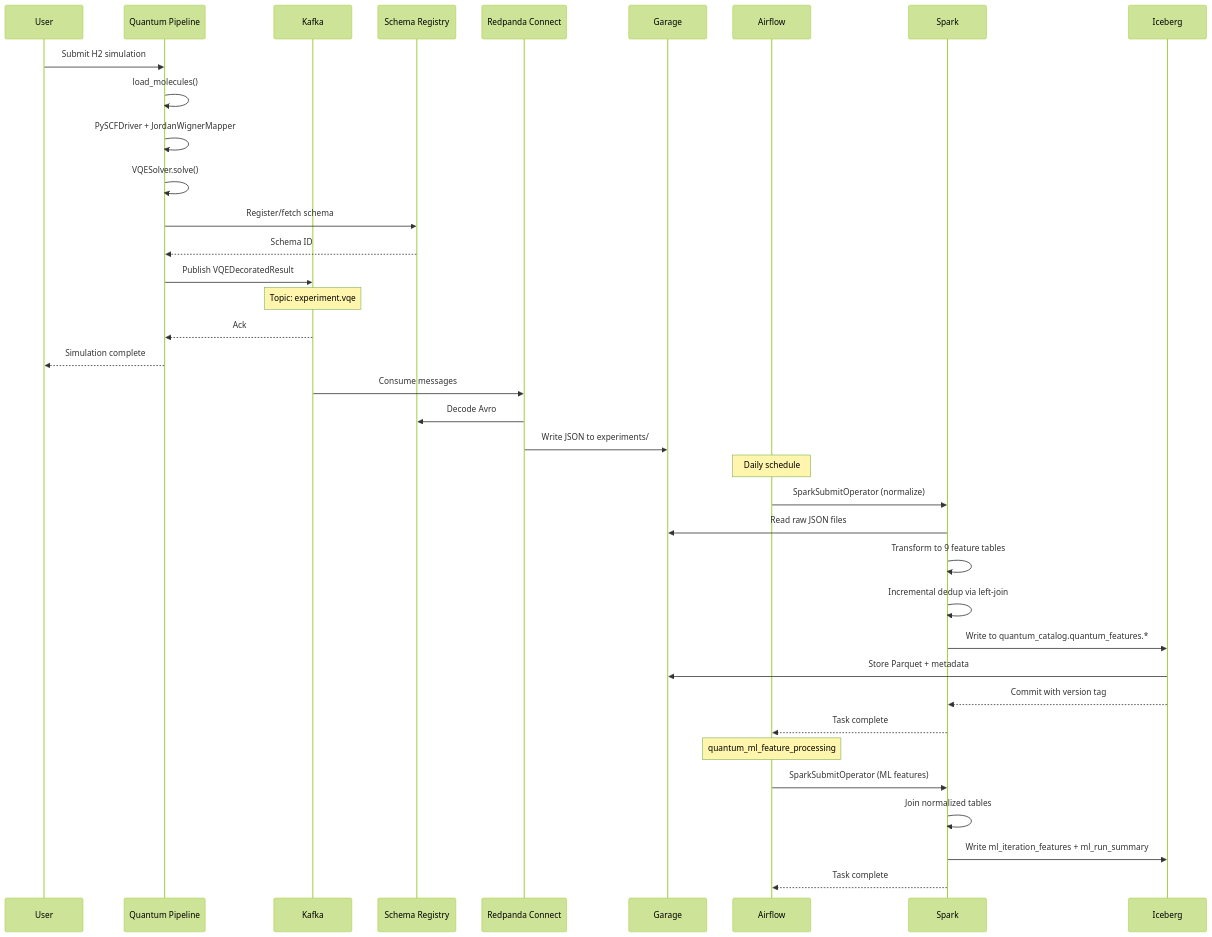
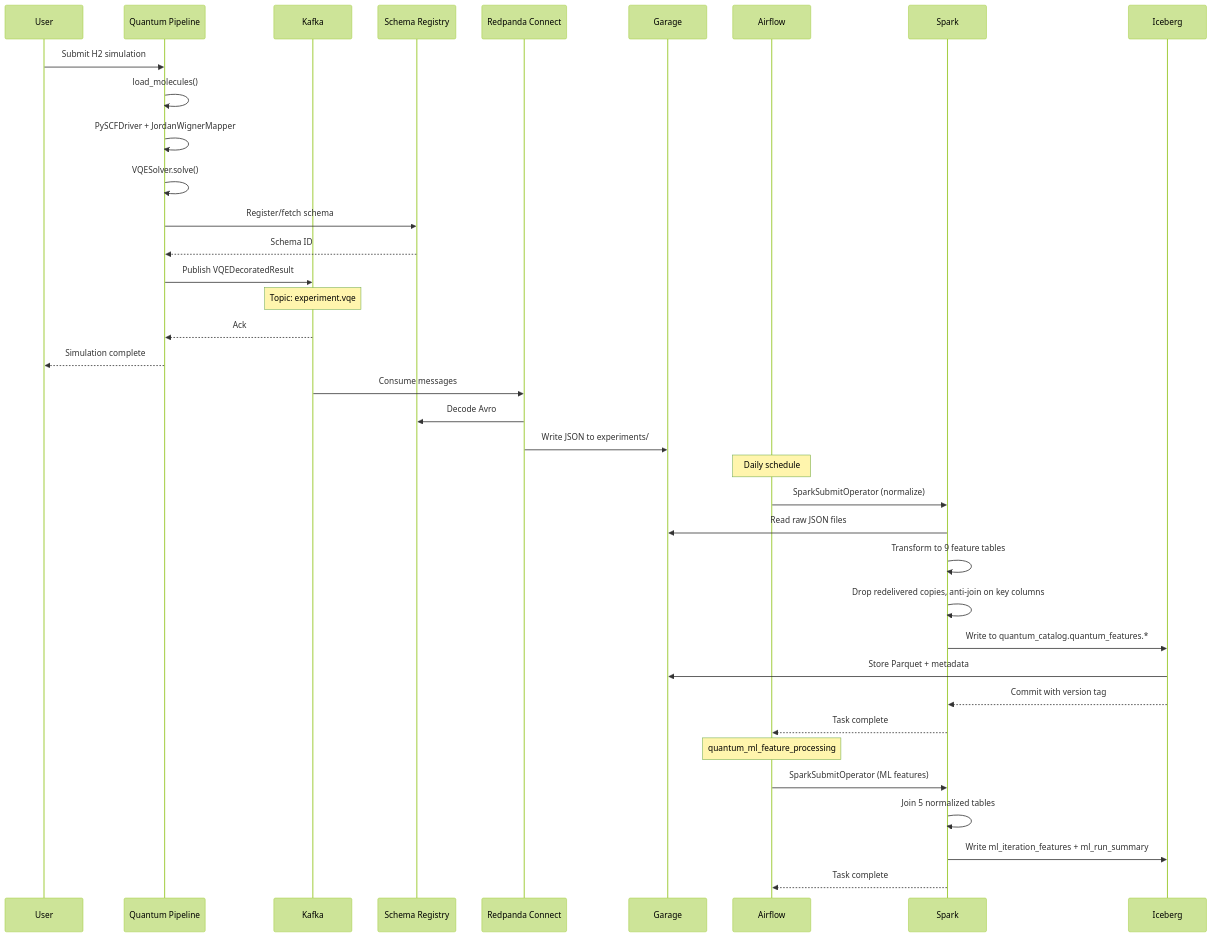
The fourth of 4 diagrams in docs/architecture/data-flow.md (straightchlorine/quantum-pipeline), drawn with Mermaid (forest theme) before and after one commit. The commit also changed other lines of this file and 16 other files, not shown here.

````diff
--- a/docs/architecture/data-flow.md
+++ b/docs/architecture/data-flow.md
@@ -223,49 +223,49 @@
 ```mermaid
 sequenceDiagram
     participant User
     participant CLI as Quantum Pipeline
     participant Kafka
     participant Registry as Schema Registry
     participant RC as Redpanda Connect
     participant Garage
     participant Airflow
     participant Spark
     participant Iceberg
 
     User->>CLI: Submit H2 simulation
     CLI->>CLI: load_molecules()
     CLI->>CLI: PySCFDriver + JordanWignerMapper
     CLI->>CLI: VQESolver.solve()
 
     CLI->>Registry: Register/fetch schema
     Registry-->>CLI: Schema ID
 
     CLI->>Kafka: Publish VQEDecoratedResult
     Note over Kafka: Topic: experiment.vqe
     Kafka-->>CLI: Ack
 
     CLI-->>User: Simulation complete
 
     Kafka->>RC: Consume messages
     RC->>Registry: Decode Avro
     RC->>Garage: Write JSON to experiments/
 
     Note over Airflow: Daily schedule
     Airflow->>Spark: SparkSubmitOperator (normalize)
 
     Spark->>Garage: Read raw JSON files
     Spark->>Spark: Transform to 9 feature tables
-    Spark->>Spark: Incremental dedup via left-join
+    Spark->>Spark: Drop redelivered copies, anti-join on key columns
 
     Spark->>Iceberg: Write to quantum_catalog.quantum_features.*
     Iceberg->>Garage: Store Parquet + metadata
     Iceberg-->>Spark: Commit with version tag
 
     Spark-->>Airflow: Task complete
 
     Note over Airflow: quantum_ml_feature_processing
     Airflow->>Spark: SparkSubmitOperator (ML features)
-    Spark->>Spark: Join normalized tables
+    Spark->>Spark: Join 5 normalized tables
     Spark->>Iceberg: Write ml_iteration_features + ml_run_summary
     Spark-->>Airflow: Task complete
 ```
````
